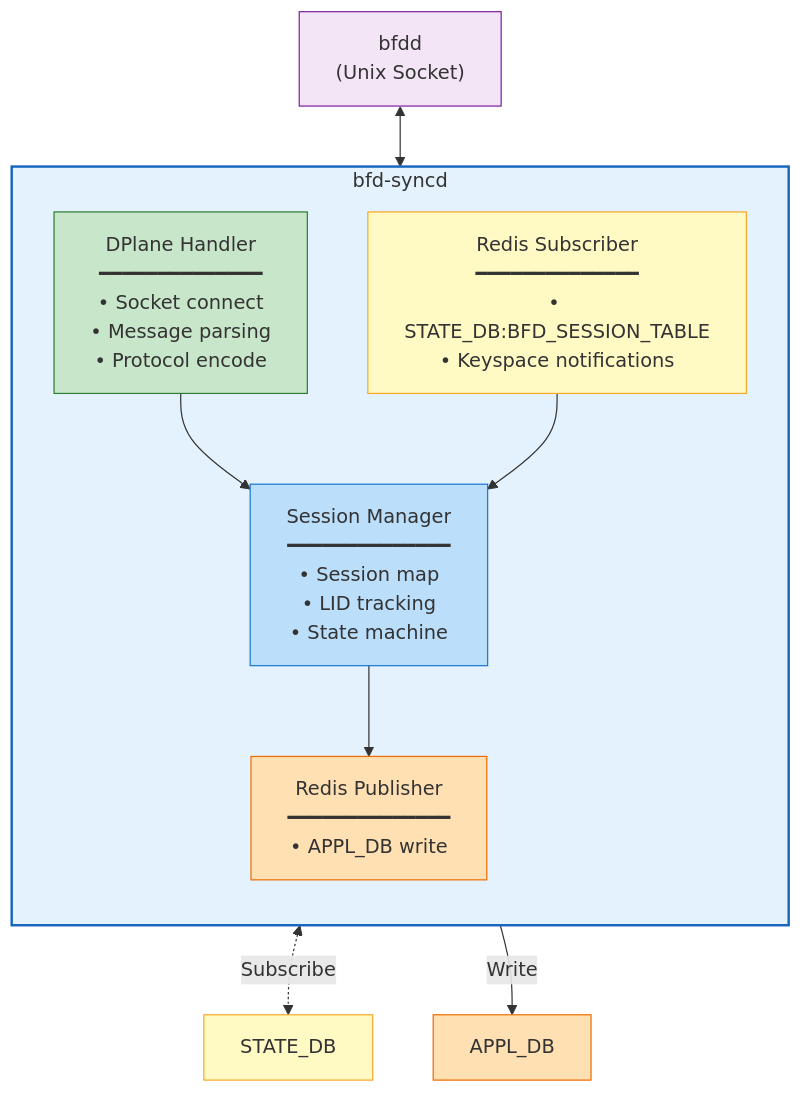
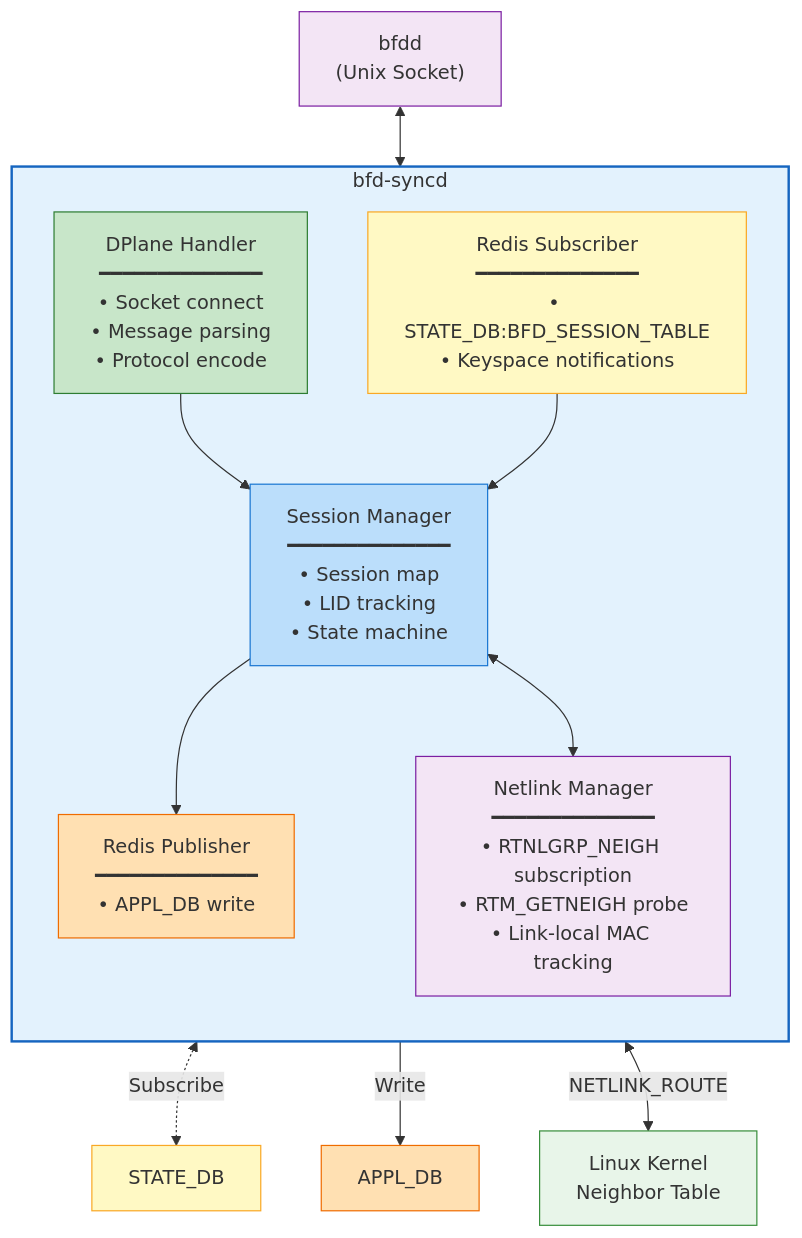
One commit to sonic-net/SONiC changed the third of 13 diagrams in doc/bfd/BFD_Syncd_HLD.md. Above: the diagram before and after it, drawn with Mermaid. The commit also changed other lines of this file, not shown here.

Commit message:
Update BFD_Syncd_HLD.md with v0.2

````diff
--- a/doc/bfd/BFD_Syncd_HLD.md
+++ b/doc/bfd/BFD_Syncd_HLD.md
@@ -201,27 +330,32 @@
 ```mermaid
 flowchart TB
     subgraph bfdsyncd["bfd-syncd"]
         direction TB
-        DPlane["DPlane Handler<br/>━━━━━━━━━━━━━━<br/>• Socket connect<br/>• Message parsing<br/>• Protocol encode"]
-        RedisSub["Redis Subscriber<br/>━━━━━━━━━━━━━━<br/>• STATE_DB:BFD_SESSION_TABLE<br/>• Keyspace notifications"]
-        SessionMgr["Session Manager<br/>━━━━━━━━━━━━━━<br/>• Session map<br/>• LID tracking<br/>• State machine"]
-        RedisPub["Redis Publisher<br/>━━━━━━━━━━━━━━<br/>• APPL_DB write"]
+        DPlane["DPlane Handler\n━━━━━━━━━━━━━━\n• Socket connect\n• Message parsing\n• Protocol encode"]
+        RedisSub["Redis Subscriber\n━━━━━━━━━━━━━━\n• STATE_DB:BFD_SESSION_TABLE\n• Keyspace notifications"]
+        SessionMgr["Session Manager\n━━━━━━━━━━━━━━\n• Session map\n• LID tracking\n• State machine"]
+        RedisPub["Redis Publisher\n━━━━━━━━━━━━━━\n• APPL_DB write"]
+        NetlinkMgr["Netlink Manager\n━━━━━━━━━━━━━━\n• RTNLGRP_NEIGH subscription\n• RTM_GETNEIGH probe\n• Link-local MAC tracking"]
 
         DPlane --> SessionMgr
         RedisSub --> SessionMgr
         SessionMgr --> RedisPub
+        SessionMgr <--> NetlinkMgr
     end
 
-    bfdd["bfdd<br/>(Unix Socket)"] <--> DPlane
+    bfdd["bfdd\n(Unix Socket)"] <--> DPlane
     RedisSub <-.->|"Subscribe"| STATEDB["STATE_DB"]
     RedisPub -->|"Write"| APPLDB["APPL_DB"]
+    NetlinkMgr <-->|"NETLINK_ROUTE"| Kernel["Linux Kernel\nNeighbor Table"]
 
     style bfdsyncd fill:#e3f2fd,stroke:#1565c0,stroke-width:2px
     style DPlane fill:#c8e6c9,stroke:#2e7d32
     style RedisSub fill:#fff9c4,stroke:#f9a825
     style SessionMgr fill:#bbdefb,stroke:#1976d2
     style RedisPub fill:#ffe0b2,stroke:#ef6c00
+    style NetlinkMgr fill:#f3e5f5,stroke:#7b1fa2
     style bfdd fill:#f3e5f5,stroke:#7b1fa2
     style STATEDB fill:#fff9c4,stroke:#f9a825
     style APPLDB fill:#ffe0b2,stroke:#ef6c00
+    style Kernel fill:#e8f5e9,stroke:#388e3c
 ```
````
